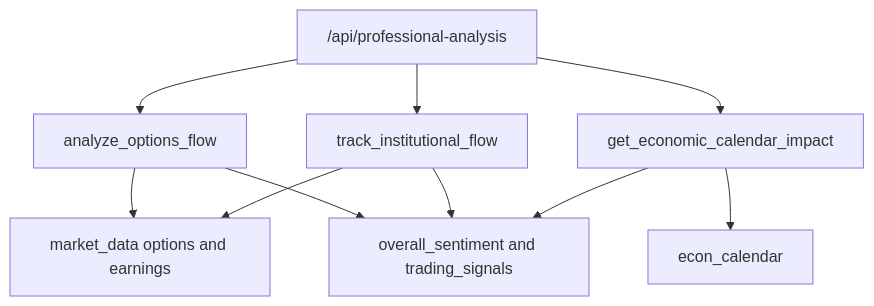
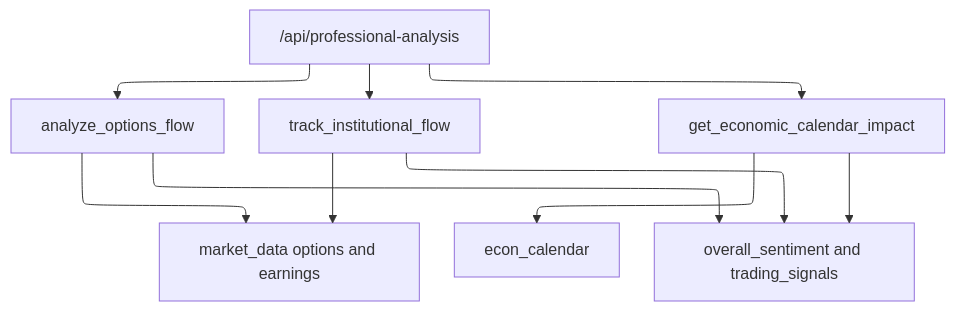
The diagram in openwiki/analysis/professional-analysis-apis.md (repbyrepdev/yahoo_losers_webapp), drawn with Mermaid before and after one commit. The commit also changed 6 other files, not shown here.

First line of the commit message:
Diagram sweep: ELK + structural subgraphs across all seven flowcharts (#94)

````diff
--- a/openwiki/analysis/professional-analysis-apis.md
+++ b/openwiki/analysis/professional-analysis-apis.md
@@ -92,12 +92,13 @@
 ```mermaid
+%%{init: {"flowchart": {"defaultRenderer": "elk"}}}%%
 flowchart TD
     API["/api/professional-analysis"] --> Options["analyze_options_flow"]
     API --> Inst["track_institutional_flow"]
     API --> Calendar["get_economic_calendar_impact"]
     Options --> MarketData["market_data options and earnings"]
     Inst --> MarketData
     Calendar --> Econ["econ_calendar"]
     Options --> Summary["overall_sentiment and trading_signals"]
     Inst --> Summary
     Calendar --> Summary
 ```
````
